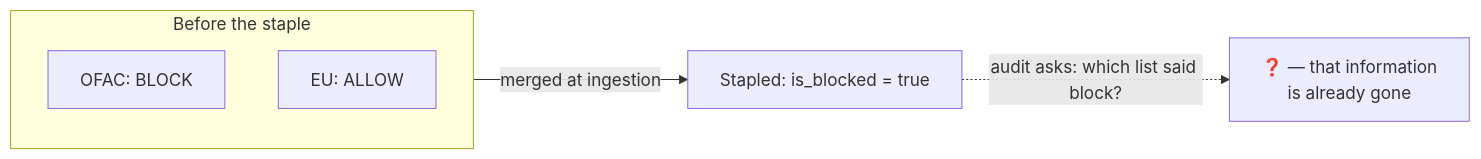
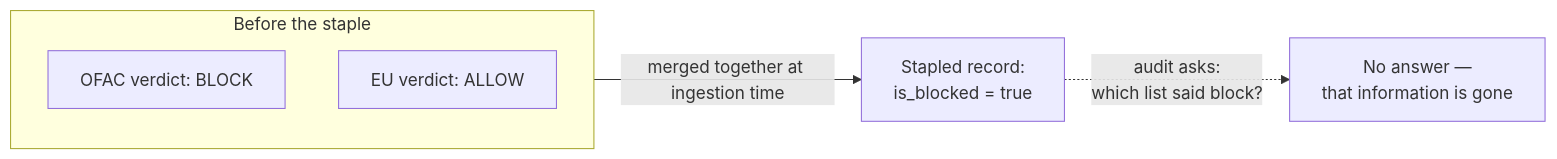
One commit to riyaz-pasha/Learnings changed the fourth of 13 diagrams in system-design/HLD/0-course/51-Multi-Source-Sanctioned-Country-Payment-Blocking-FAANG-Guide-story.md. Above: the diagram before and after it, drawn with Mermaid. The commit also changed other lines of this file and 1 other file, not shown here.

Commit message:
[REWRITE] Multi-Source Sanctioned Country Payment Blocking story guide: simplify prose, add structure, fix diagrams

````diff
--- a/system-design/HLD/0-course/51-Multi-Source-Sanctioned-Country-Payment-Blocking-FAANG-Guide-story.md
+++ b/system-design/HLD/0-course/51-Multi-Source-Sanctioned-Country-Payment-Blocking-FAANG-Guide-story.md
@@ -187,9 +259,9 @@
 ```mermaid
 flowchart LR
     subgraph Before["Before the staple"]
-        O["OFAC: BLOCK"]
-        Eu["EU: ALLOW"]
+        O["OFAC verdict: BLOCK"]
+        Eu["EU verdict: ALLOW"]
     end
-    Before -->|"merged at ingestion"| S["Stapled: is_blocked = true"]
-    S -.->|"audit asks: which list said block?"| Q["❓ — that information\nis already gone"]
+    Before -->|"merged together at ingestion time"| S["Stapled record:<br/>is_blocked = true"]
+    S -.->|"audit asks:<br/>which list said block?"| Q["No answer —<br/>that information is gone"]
 ```
````
